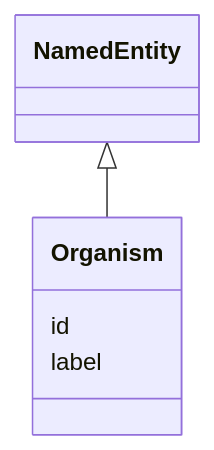
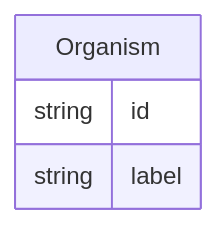
The diagram in docs/metagenome_study/Organism.md (monarch-initiative/ontogpt), drawn with Mermaid before and after one commit. The commit also changed 187 other files, not shown here.

````diff
--- a/docs/metagenome_study/Organism.md
+++ b/docs/metagenome_study/Organism.md
@@ -8,9 +8,10 @@
 ```mermaid
- classDiagram
-    class Organism
-      NamedEntity <|-- Organism
-      
-      Organism : id
-      Organism : label
-      
+erDiagram
+Organism {
+    string id  
+    string label  
+}
+
+
+
 ```
````
